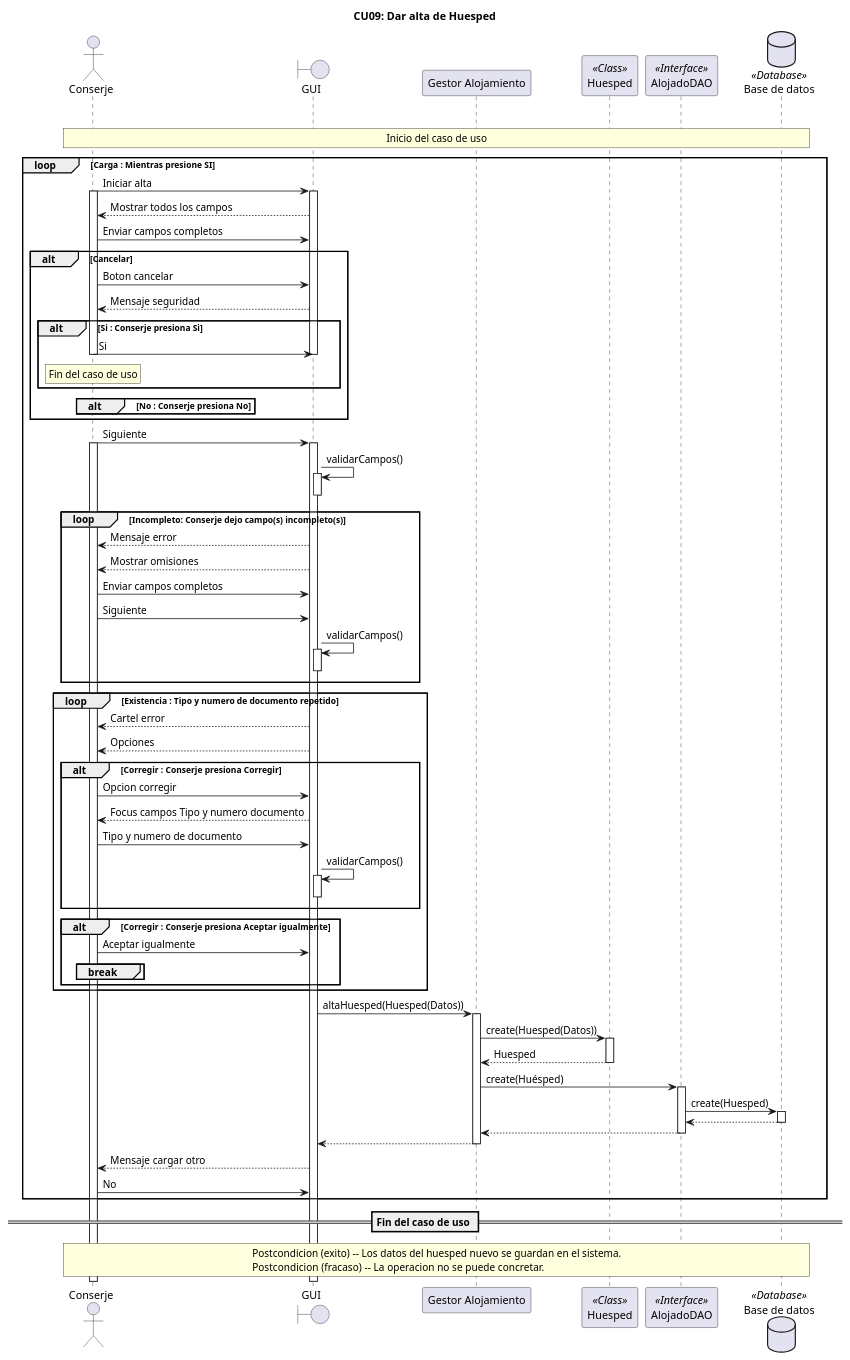
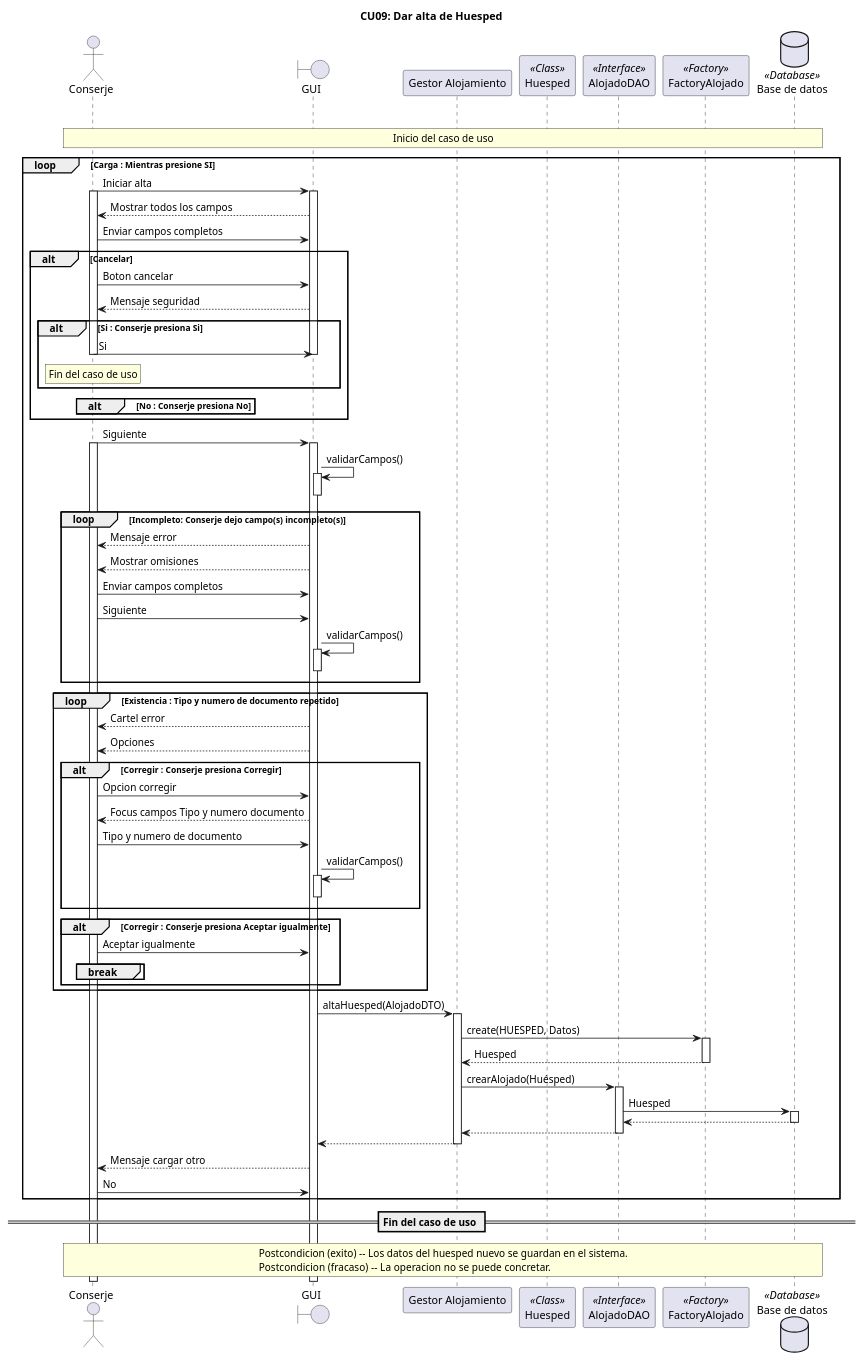
Before and after one commit to mateopozzo/DeSo: the diagram in Diagramas/Diagramas de secuencia/Diagrama de secuencia CU09.puml, drawn with PlantUML. The commit also changed 3 other files, not shown here.

Commit message:
Mas correcciones a los diagramas de secuencia

```diff
--- a/Diagramas/Diagramas de secuencia/Diagrama de secuencia CU09.puml
+++ b/Diagramas/Diagramas de secuencia/Diagrama de secuencia CU09.puml
@@ -1,101 +1,102 @@
 @startuml
 title CU09: Dar alta de Huesped
 ' Actor y participantes
 actor "Conserje" as Conserje
 boundary "GUI" as UI
 participant "Gestor Alojamiento" as GestorAlojamiento
 participant "Huesped" as Hues <<Class>> 
 participant "AlojadoDAO" as ADAO <<Interface>>
+participant "FactoryAlojado" as FALOJ <<Factory>>
 database "Base de datos" as BDD <<Database>>
 
 
 ' Precondición
 group Precondicion: Buscar Hueped con exito
   rnote across: Inicio del caso de uso
   
   loop Carga : Mientras presione SI 
     Conserje -> UI : Iniciar alta
     activate Conserje
     activate UI
   
     UI --> Conserje : Mostrar todos los campos
     Conserje -> UI : Enviar campos completos
     
     alt Cancelar
       Conserje -> UI : Boton cancelar
       UI --> Conserje : Mensaje seguridad
       alt Si : Conserje presiona Si
         Conserje -> UI : Si
         deactivate UI 
         deactivate Conserje
         rnote over Conserje : Fin del caso de uso
       end
       alt No : Conserje presiona No
       end
     end
     
     Conserje -> UI : Siguiente
     activate UI 
     activate Conserje
     UI -> UI : validarCampos()
     activate UI
     deactivate UI
     
     loop Incompleto: Conserje dejo campo(s) incompleto(s)
       UI --> Conserje : Mensaje error
       UI --> Conserje : Mostrar omisiones
       Conserje -> UI : Enviar campos completos
       Conserje -> UI : Siguiente
       UI -> UI : validarCampos()
       activate UI
       deactivate UI
     end
     
     loop Existencia : Tipo y numero de documento repetido
       UI --> Conserje : Cartel error
       UI --> Conserje : Opciones
       alt Corregir : Conserje presiona Corregir
         Conserje -> UI : Opcion corregir
         UI --> Conserje : Focus campos Tipo y numero documento
         Conserje -> UI  : Tipo y numero de documento
         UI -> UI : validarCampos()
         activate UI
         deactivate UI
       end
       alt Corregir : Conserje presiona Aceptar igualmente
         Conserje -> UI : Aceptar igualmente
         break
       end
     end
   end
     
-  UI -> GestorAlojamiento : altaHuesped(Huesped(Datos))
+  UI -> GestorAlojamiento : altaHuesped(AlojadoDTO)
   activate GestorAlojamiento
-  GestorAlojamiento -> Hues : create(Huesped(Datos))
-  activate Hues
-  Hues --> GestorAlojamiento  : Huesped
-  deactivate Hues
-  GestorAlojamiento -> ADAO :  create(Huésped)
+  GestorAlojamiento -> FALOJ : create(HUESPED, Datos)
+  activate FALOJ
+  FALOJ --> GestorAlojamiento  : Huesped
+  deactivate FALOJ
+  GestorAlojamiento -> ADAO :  crearAlojado(Huésped)
   activate ADAO
-  ADAO -> BDD : create(Huesped)
+  ADAO -> BDD : Huesped
   activate BDD
   BDD --> ADAO
   deactivate BDD
   ADAO --> GestorAlojamiento
   deactivate ADAO
   GestorAlojamiento --> UI 
   deactivate GestorAlojamiento
   
   UI --> Conserje : Mensaje cargar otro
   
   Conserje -> UI : No
   
 end
 
 == Fin del caso de uso ==
 rnote across
   Postcondicion (exito) -- Los datos del huesped nuevo se guardan en el sistema.
   Postcondicion (fracaso) -- La operacion no se puede concretar.
 end note
 
 @enduml
```
